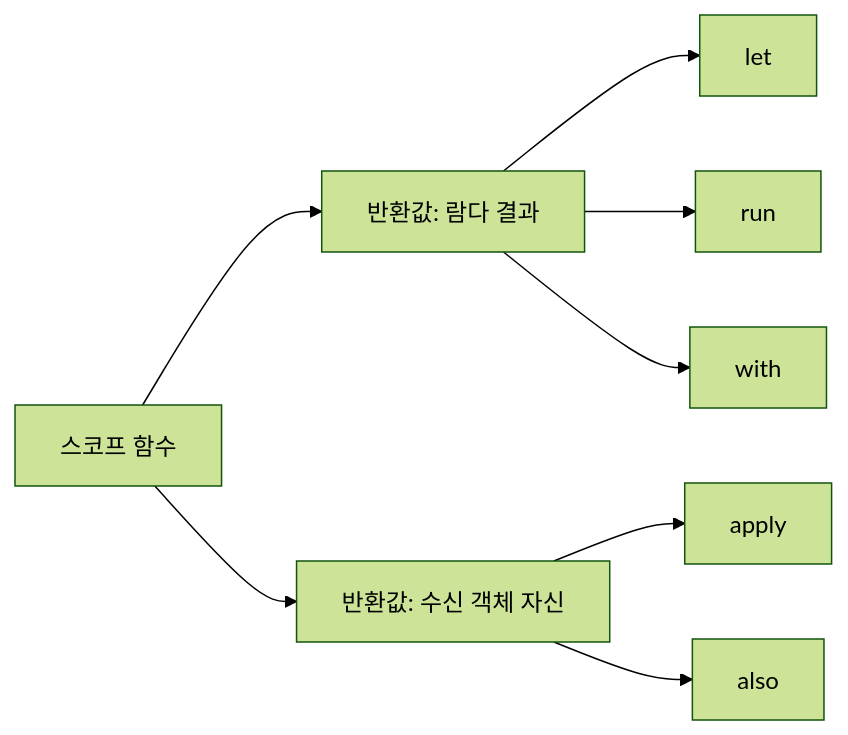
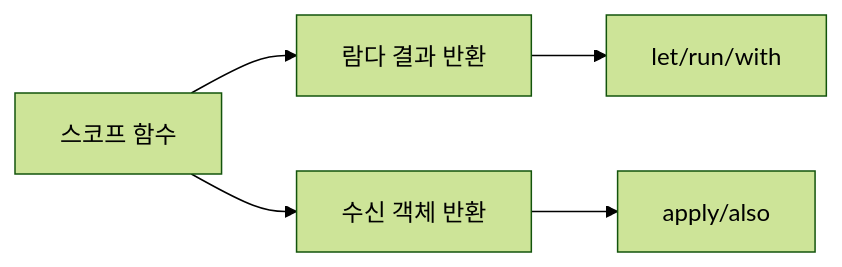
One commit to yjkim2015/yjkim2015.github.io changed the second of 3 diagrams in _posts/kotlin/2026-05-02-java-to-kotlin.md. Above: the diagram before and after it, drawn with Mermaid (forest theme). The commit also changed 163 other files, not shown here.

First line of the commit message:
Mermaid 300개 블록 내용 축소: 5노드 5엣지 이하, 의미 있는 약어

````diff
--- a/_posts/kotlin/2026-05-02-java-to-kotlin.md
+++ b/_posts/kotlin/2026-05-02-java-to-kotlin.md
@@ -236,10 +236,7 @@
 ```mermaid
 graph LR
-    ScopeFn["스코프 함수"] --> LambdaResult["반환값: 람다 결과"]
-    ScopeFn --> ReceiverResult["반환값: 수신 객체 자신"]
-    LambdaResult --> Let["let"]
-    LambdaResult --> Run["run"]
-    LambdaResult --> With["with"]
-    ReceiverResult --> Apply["apply"]
-    ReceiverResult --> Also["also"]
+    SF["스코프 함수"] --> LR["람다 결과 반환"]
+    SF --> RR["수신 객체 반환"]
+    LR --> Let["let/run/with"]
+    RR --> Apply["apply/also"]
 ```
````
